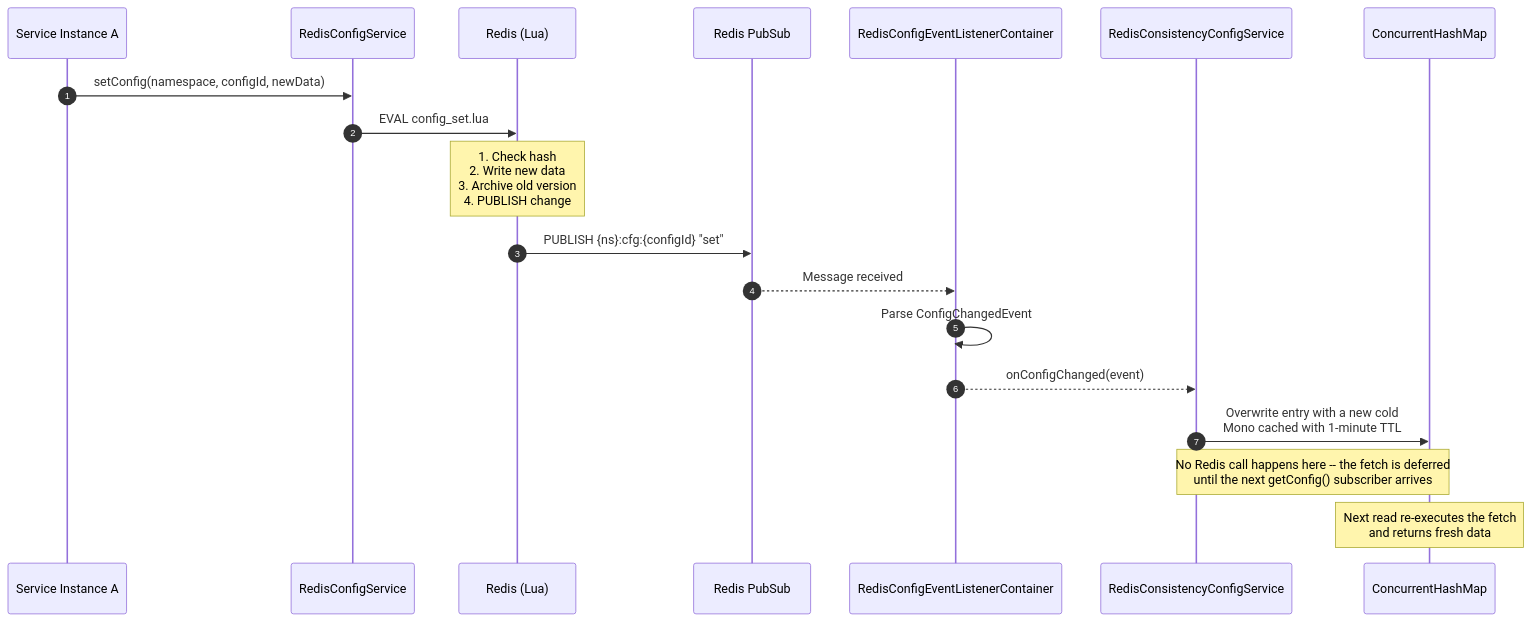
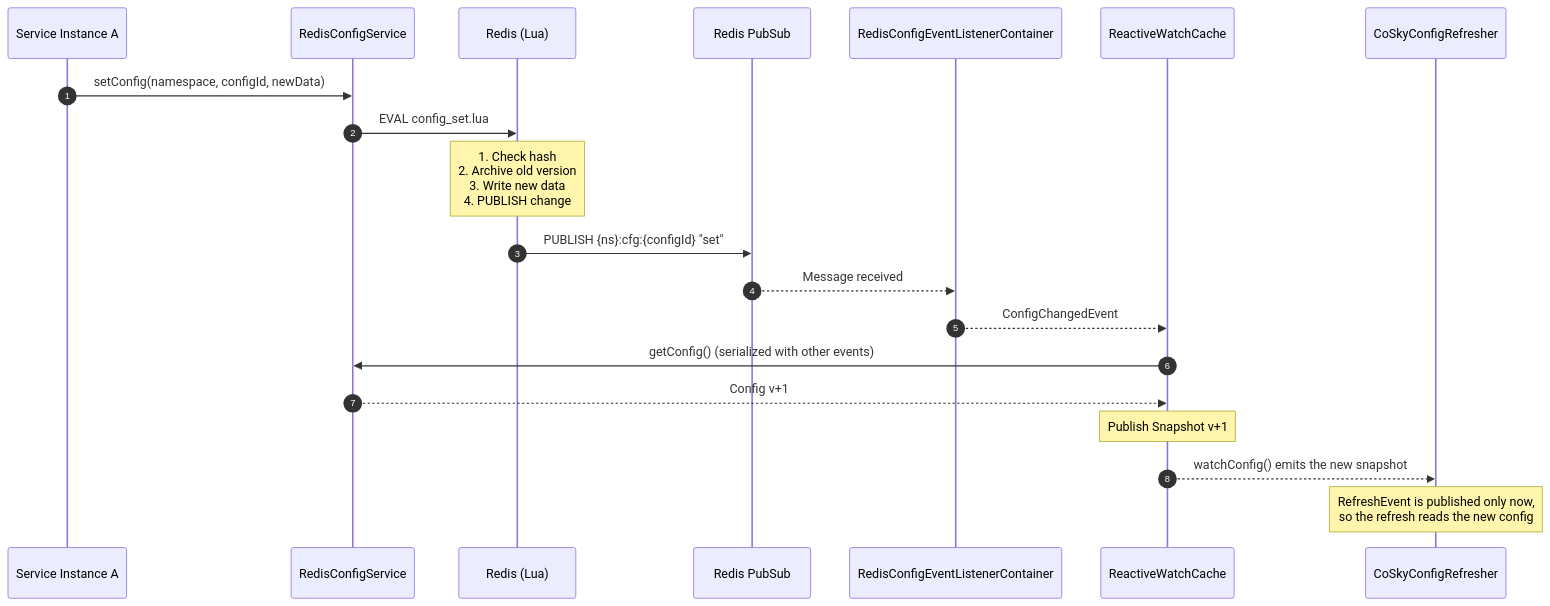
The fourth of 7 diagrams in wiki/guide/config-consistency.md (Ahoo-Wang/CoSky), drawn with Mermaid before and after one commit. The commit also changed other lines of this file and 35 other files, not shown here.

````diff
--- a/wiki/guide/config-consistency.md
+++ b/wiki/guide/config-consistency.md
@@ -141,23 +138,24 @@
 ```mermaid
 sequenceDiagram
     autonumber
     participant Producer as Service Instance A
     participant RDS as RedisConfigService
     participant Redis as Redis (Lua)
     participant PS as Redis PubSub
     participant Listener as RedisConfigEventListenerContainer
-    participant RCS as RedisConsistencyConfigService
-    participant Cache as ConcurrentHashMap
+    participant Cache as ReactiveWatchCache
+    participant Refresher as CoSkyConfigRefresher
 
     Producer->>RDS: setConfig(namespace, configId, newData)
     RDS->>Redis: EVAL config_set.lua
-    Note over Redis: 1. Check hash<br>2. Write new data<br>3. Archive old version<br>4. PUBLISH change
+    Note over Redis: 1. Check hash<br>2. Archive old version<br>3. Write new data<br>4. PUBLISH change
     Redis->>PS: PUBLISH {ns}:cfg:{configId} "set"
 
     PS-->>Listener: Message received
-    Listener->>Listener: Parse ConfigChangedEvent
-    Listener-->>RCS: onConfigChanged(event)
-    RCS->>Cache: Overwrite entry with a new cold<br>Mono cached with 1-minute TTL
-    Note over RCS,Cache: No Redis call happens here -- the fetch is deferred<br>until the next getConfig() subscriber arrives
-    Note over Cache: Next read re-executes the fetch<br>and returns fresh data
+    Listener-->>Cache: ConfigChangedEvent
+    Cache->>RDS: getConfig() (serialized with other events)
+    RDS-->>Cache: Config v+1
+    Note over Cache: Publish Snapshot v+1
+    Cache-->>Refresher: watchConfig() emits the new snapshot
+    Note over Refresher: RefreshEvent is published only now,<br>so the refresh reads the new config
 ```
````
